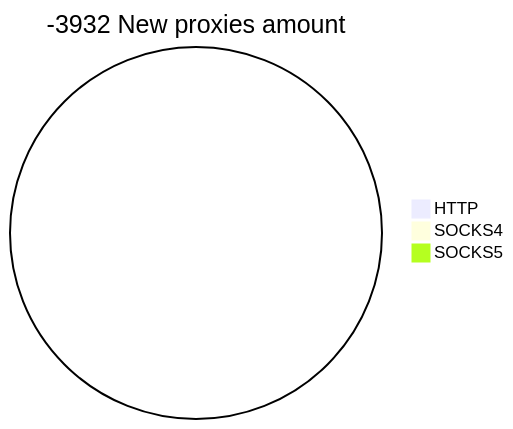
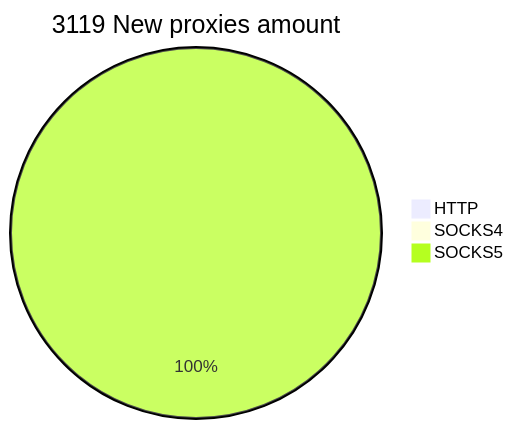
The second of 2 diagrams in README.md (cutipu/proxylist), drawn with Mermaid before and after one commit. The commit also changed other lines of this file, not shown here.

````diff
--- a/README.md
+++ b/README.md
@@ -10,6 +10,6 @@
 ```mermaid
-pie title -3932 New proxies amount
+pie title 3119 New proxies amount
     "HTTP" : 0
     "SOCKS4" : 0
-    "SOCKS5" : 0
+    "SOCKS5" : 3838
 ```
````
